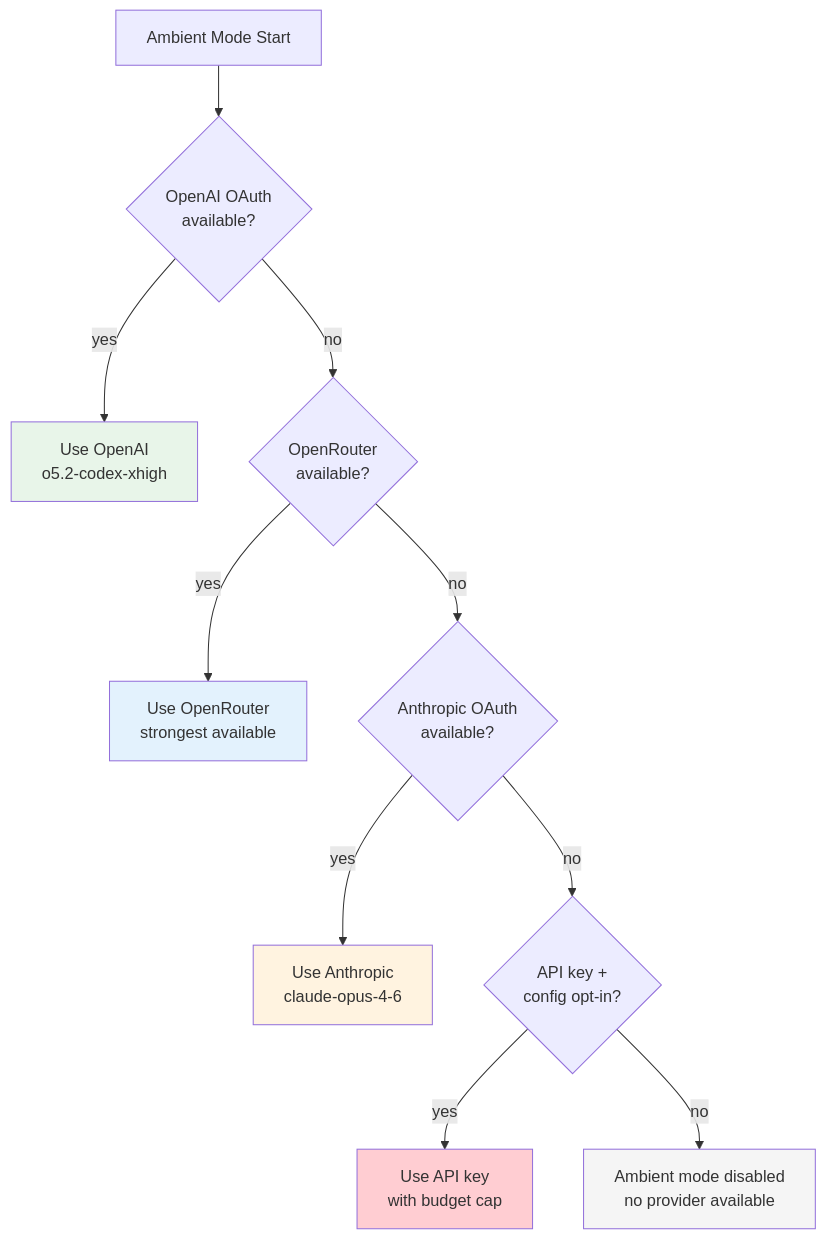
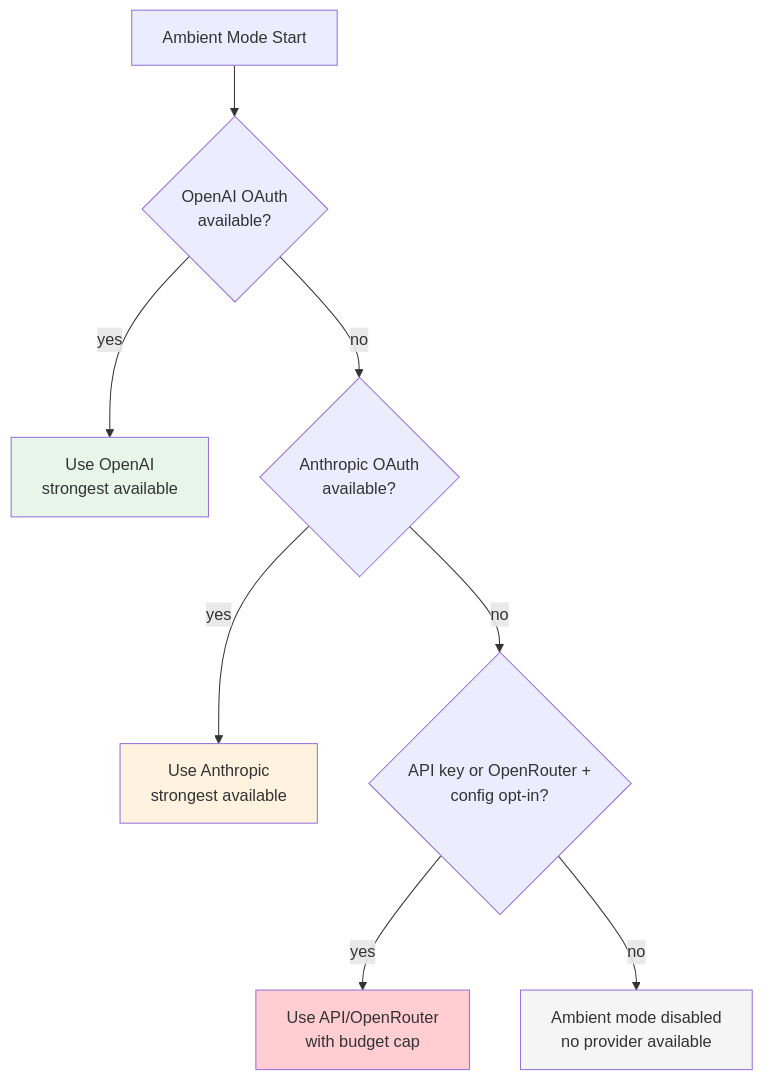
Before and after one commit to iamrohithrnair/minnal: the fifth of 6 diagrams in docs/AMBIENT_MODE.md, drawn with Mermaid. The commit also changed other lines of this file and 2 other files, not shown here.

First line of the commit message:
Add safety system design doc, update ambient and memory docs

````diff
--- a/docs/AMBIENT_MODE.md
+++ b/docs/AMBIENT_MODE.md
@@ -379,18 +379,15 @@
 ```mermaid
 graph TD
     START[Ambient Mode Start] --> CHECK1{OpenAI OAuth<br/>available?}
-    CHECK1 -->|yes| OAI[Use OpenAI<br/>o5.2-codex-xhigh]
-    CHECK1 -->|no| CHECK2{OpenRouter<br/>available?}
-    CHECK2 -->|yes| OR[Use OpenRouter<br/>strongest available]
-    CHECK2 -->|no| CHECK3{Anthropic OAuth<br/>available?}
-    CHECK3 -->|yes| ANT[Use Anthropic<br/>claude-opus-4-6]
-    CHECK3 -->|no| CHECK4{API key +<br/>config opt-in?}
-    CHECK4 -->|yes| API[Use API key<br/>with budget cap]
-    CHECK4 -->|no| DISABLED[Ambient mode disabled<br/>no provider available]
+    CHECK1 -->|yes| OAI[Use OpenAI<br/>strongest available]
+    CHECK1 -->|no| CHECK2{Anthropic OAuth<br/>available?}
+    CHECK2 -->|yes| ANT[Use Anthropic<br/>strongest available]
+    CHECK2 -->|no| CHECK3{API key or OpenRouter +<br/>config opt-in?}
+    CHECK3 -->|yes| API[Use API/OpenRouter<br/>with budget cap]
+    CHECK3 -->|no| DISABLED[Ambient mode disabled<br/>no provider available]
 
     style OAI fill:#e8f5e9
-    style OR fill:#e3f2fd
     style ANT fill:#fff3e0
     style API fill:#ffcdd2
     style DISABLED fill:#f5f5f5
 ```
````
